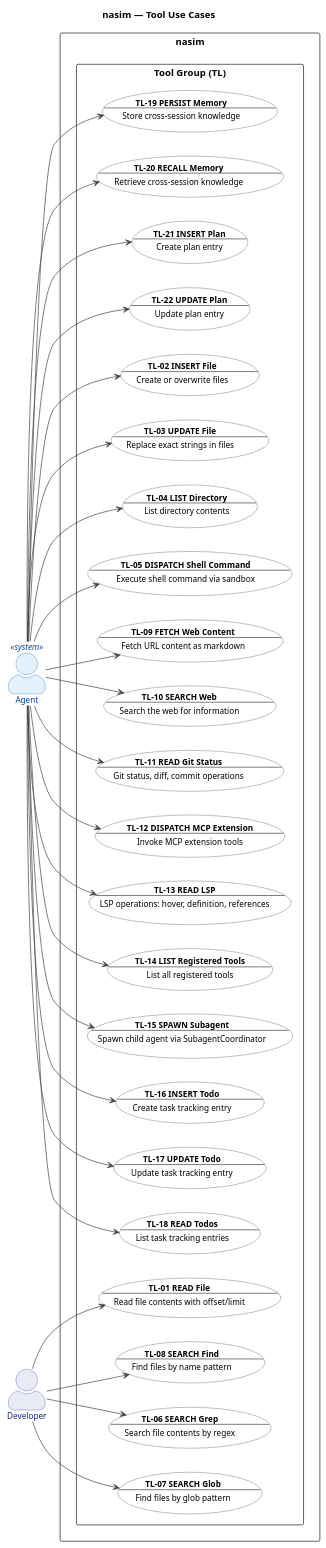
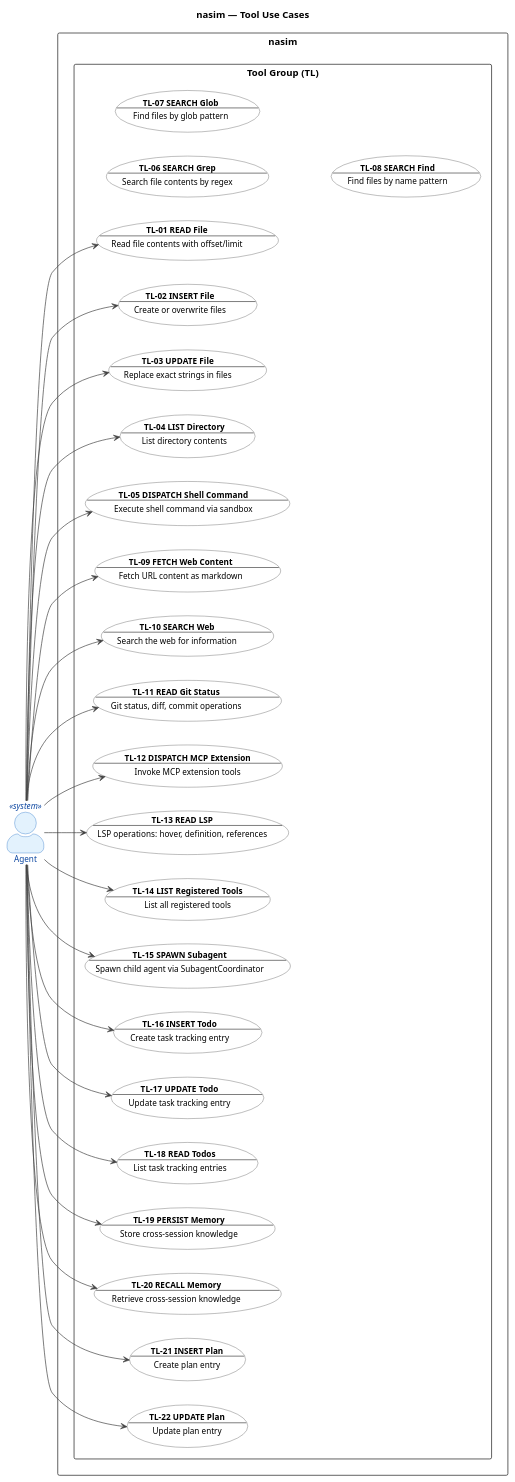
One commit to salimnamvar/nasim changed diagram 13 of 22 in UC.md. Above: the diagram before and after it, drawn with PlantUML. The commit also changed other lines of this file and 9 other files, not shown here.

```diff
--- a/UC.md
+++ b/UC.md
@@ -1235,7 +1270,6 @@
 ' ============================================================
 
 actor "Agent" as Agent <<system>>
-actor "Developer" as Developer
 
 ' ============================================================
 ' System Boundary
@@ -1272,10 +1306,7 @@
 ' Actor -> Use Case Associations
 ' ============================================================
 
-Developer --> TL01
-Developer --> TL06
-Developer --> TL07
-Developer --> TL08
+Agent --> TL01
 Agent --> TL02
 Agent --> TL03
 Agent --> TL04
```
